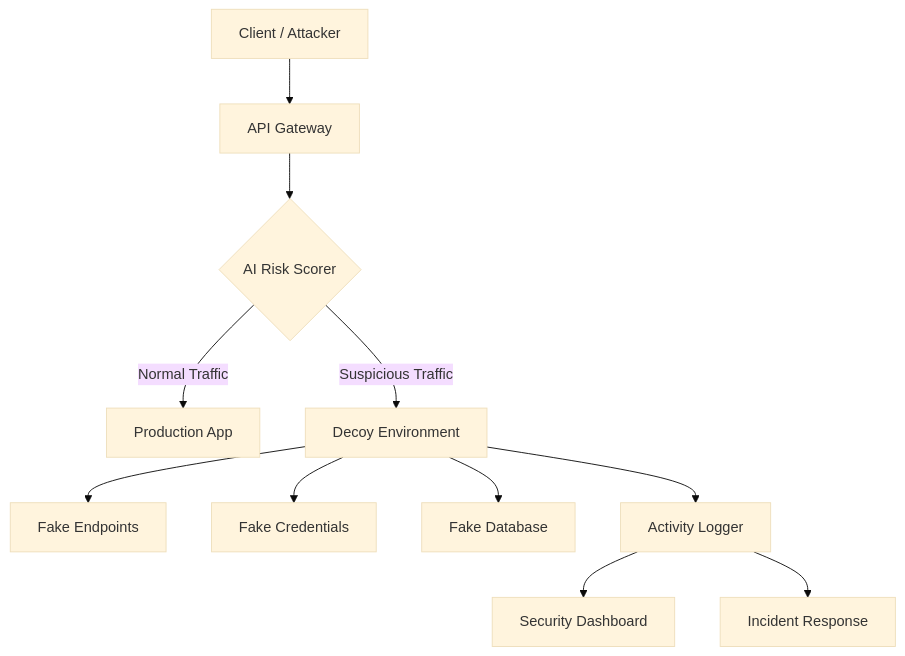
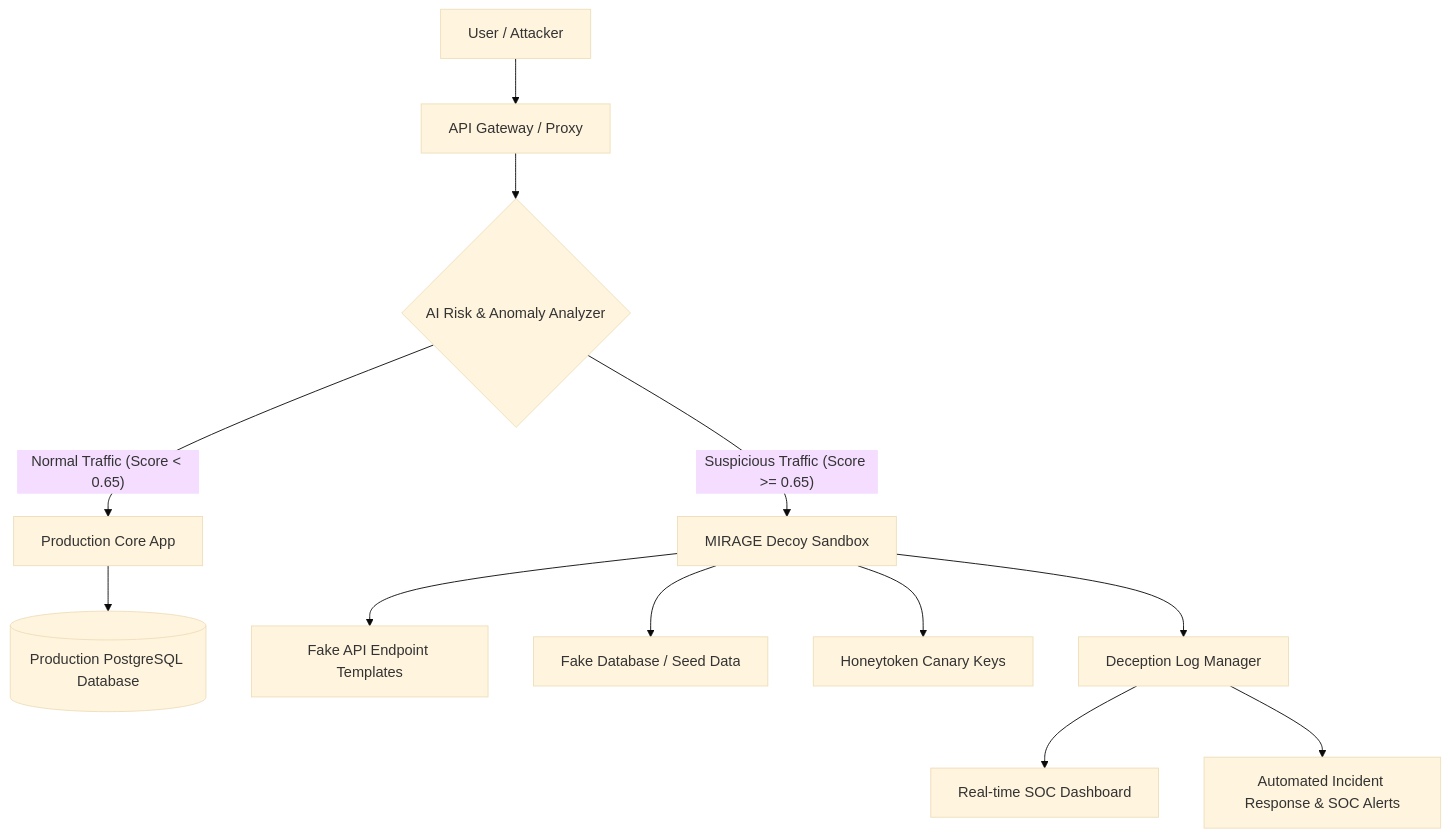
Before and after one commit to rafienajwan/mirage: the diagram in README.md, drawn with Mermaid (base theme). The commit also changed other lines of this file and 1 other file, not shown here.

````diff
--- a/README.md
+++ b/README.md
@@ -52,13 +58,17 @@
 ```mermaid
 graph TD
-    A[Client / Attacker] --> B[API Gateway]
-    B --> C{AI Risk Scorer}
-    C -->|Normal Traffic| D[Production App]
-    C -->|Suspicious Traffic| E[Decoy Environment]
-    E --> F[Fake Endpoints]
-    E --> G[Fake Credentials]
-    E --> H[Fake Database]
-    E --> I[Activity Logger]
-    I --> J[Security Dashboard]
-    I --> K[Incident Response]
+    A[User / Attacker] --> B[API Gateway / Proxy]
+    B --> C{AI Risk & Anomaly Analyzer}
+    
+    C -- "Normal Traffic (Score < 0.65)" --> D[Production Core App]
+    D --> E[(Production PostgreSQL Database)]
+    
+    C -- "Suspicious Traffic (Score >= 0.65)" --> F[MIRAGE Decoy Sandbox]
+    F --> G[Fake API Endpoint Templates]
+    F --> H[Fake Database / Seed Data]
+    F --> I[Honeytoken Canary Keys]
+    
+    F --> J[Deception Log Manager]
+    J --> K[Real-time SOC Dashboard]
+    J --> L[Automated Incident Response & SOC Alerts]
 ```
````
